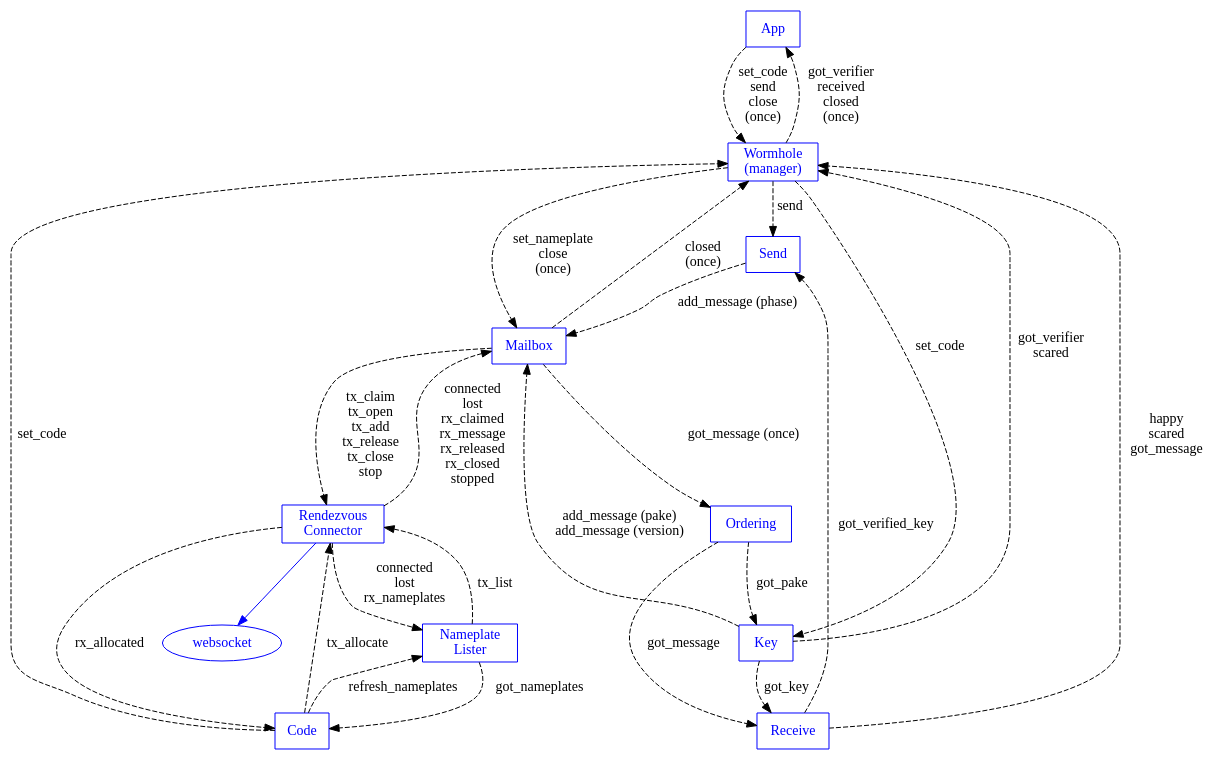
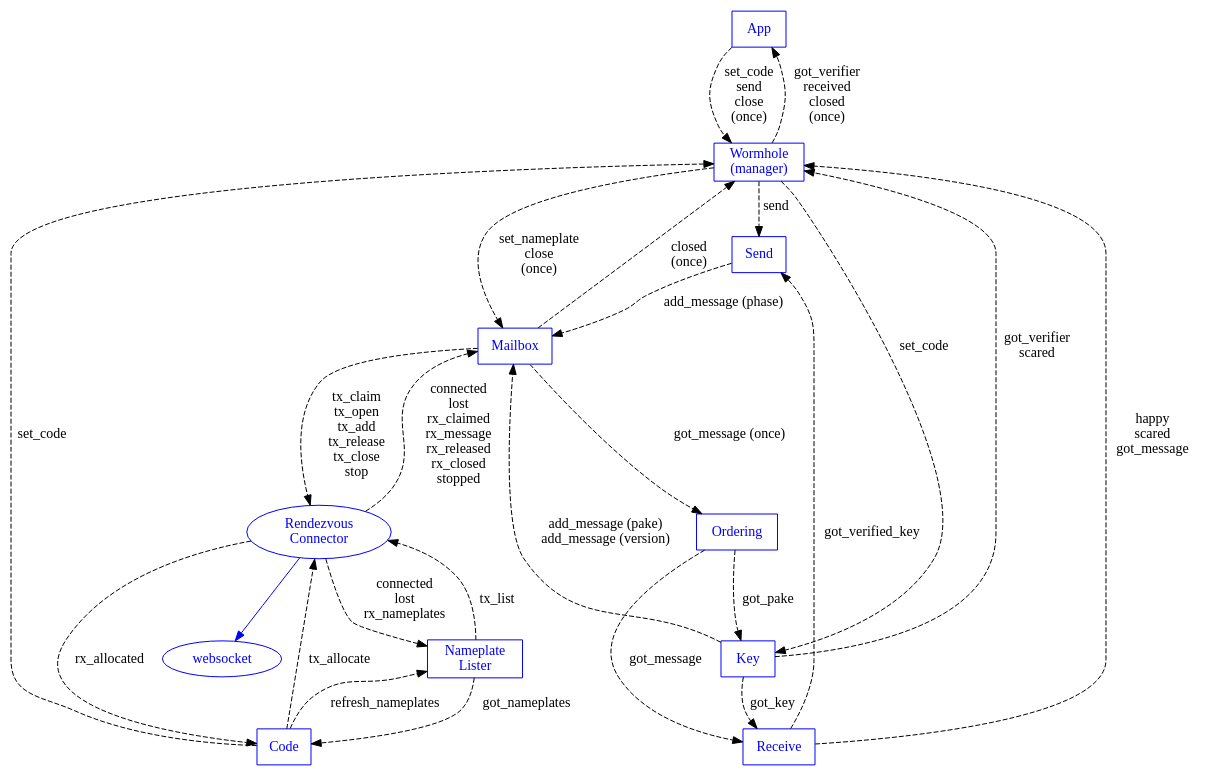
One commit to magic-wormhole/magic-wormhole changed the diagram in docs/machines.dot. Above: the diagram before and after it, drawn with Graphviz. The commit also changed 3 other files, not shown here.

```diff
--- a/docs/machines.dot
+++ b/docs/machines.dot
@@ -1,80 +1,80 @@
 digraph {
         App [shape="box" color="blue" fontcolor="blue"]
         Wormhole [shape="box" label="Wormhole\n(manager)"
                   color="blue" fontcolor="blue"]
         Mailbox [shape="box" color="blue" fontcolor="blue"]
         Connection [label="Rendezvous\nConnector"
-                    shape="box" color="blue" fontcolor="blue"]
+                    shape="oval" color="blue" fontcolor="blue"]
         websocket [color="blue" fontcolor="blue"]
         Order [shape="box" label="Ordering" color="blue" fontcolor="blue"]
         Key [shape="box" label="Key" color="blue" fontcolor="blue"]
         Send [shape="box" label="Send" color="blue" fontcolor="blue"]
         Receive [shape="box" label="Receive" color="blue" fontcolor="blue"]
         Code [shape="box" label="Code" color="blue" fontcolor="blue"]
         Nameplates [shape="box" label="Nameplate\nLister"
                     color="blue" fontcolor="blue"
                     ]
 
         Connection -> websocket [color="blue"]
         #Connection -> Order [color="blue"]
 
         App -> Wormhole [style="dashed" label="set_code\nsend\nclose\n(once)"]
         #App -> Wormhole [color="blue"]
         Wormhole -> App [style="dashed" label="got_verifier\nreceived\nclosed\n(once)"]
 
         #Wormhole -> Connection [color="blue"]
 
         Wormhole -> Send [style="dashed" label="send"]
 
         Wormhole -> Mailbox [style="dashed"
                              label="set_nameplate\nclose\n(once)"
                              ]
         #Wormhole -> Mailbox [color="blue"]
         Mailbox -> Wormhole [style="dashed" label="closed\n(once)"]
         Mailbox -> Order [style="dashed" label="got_message (once)"]
         Wormhole -> Key [style="dashed" label="set_code"]
         Key -> Wormhole [style="dashed" label="got_verifier\nscared"]
         Order -> Key [style="dashed" label="got_pake"]
         Order -> Receive [style="dashed" label="got_message"]
         #Wormhole -> Key [color="blue"]
         Key -> Mailbox [style="dashed" label="add_message (pake)\nadd_message (version)"]
         Receive -> Send [style="dashed" label="got_verified_key"]
         Send -> Mailbox [style="dashed" label="add_message (phase)"]
 
         Key -> Receive [style="dashed" label="got_key"]
         Receive -> Wormhole [style="dashed"
                              label="happy\nscared\ngot_message"]
 
         Mailbox -> Connection [style="dashed"
                                label="tx_claim\ntx_open\ntx_add\ntx_release\ntx_close\nstop"
                                ]
         Connection -> Mailbox [style="dashed"
                                label="connected\nlost\nrx_claimed\nrx_message\nrx_released\nrx_closed\nstopped"]
 
         Connection -> Nameplates [style="dashed"
                                   label="connected\nlost\nrx_nameplates"
                                   ]
         Nameplates -> Connection [style="dashed"
                                   label="tx_list"
                                   ]
 
         #Wormhole -> Code [color="blue"]
         Code -> Connection [style="dashed"
                             label="tx_allocate"
                             ]
         Connection -> Code [style="dashed"
                             label="rx_allocated"]
         Nameplates -> Code [style="dashed"
                             label="got_nameplates"
                             ]
         #Code -> Nameplates [color="blue"]
         Code -> Nameplates [style="dashed"
                             label="refresh_nameplates"
                             ]
         Code -> Wormhole [style="dashed"
                           label="set_code"]
         
         
 
 
 }
```
